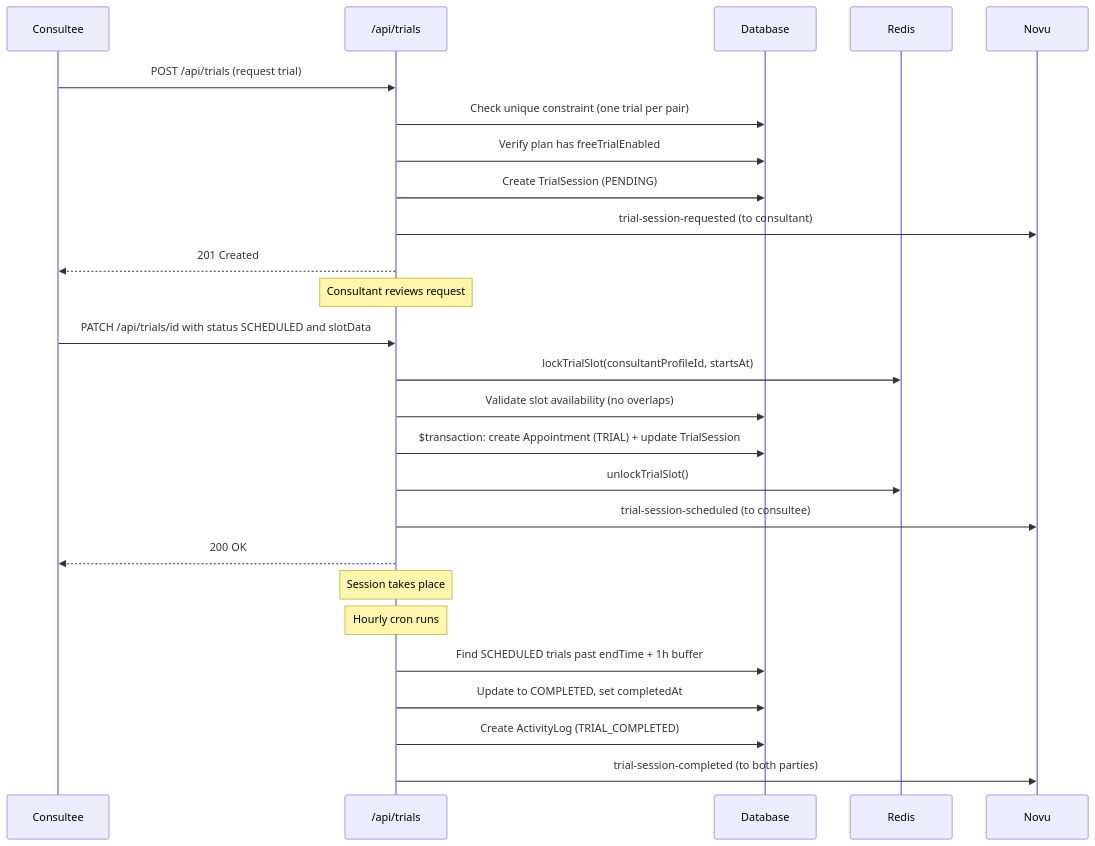
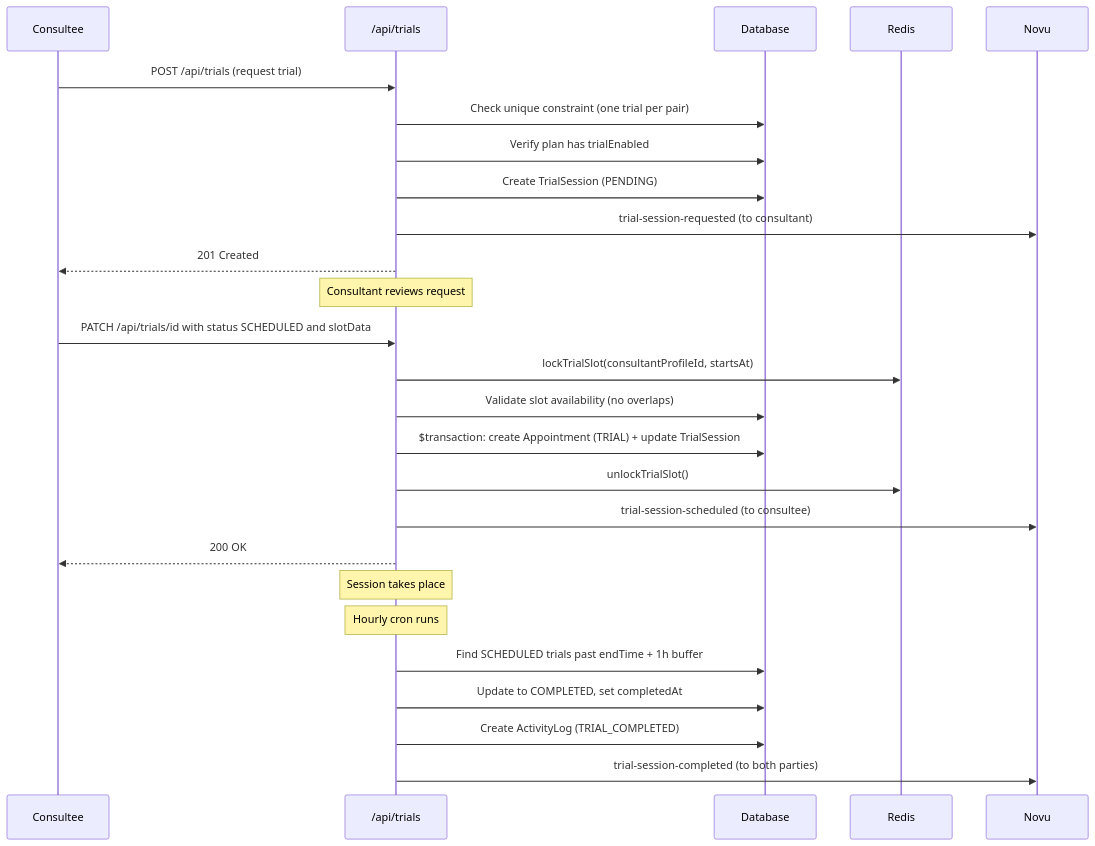
The second of 2 diagrams in docs/booking/09-trial-sessions.md (Practitionist/familiarise_web), drawn with Mermaid before and after one commit. The commit also changed other lines of this file and 6 other files, not shown here.

First line of the commit message:
refactor(trials): finish the free-trial naming sweep in docs + detail mapper

````diff
--- a/docs/booking/09-trial-sessions.md
+++ b/docs/booking/09-trial-sessions.md
@@ -128,33 +128,33 @@
 ```mermaid
 sequenceDiagram
     participant Consultee
     participant API as /api/trials
     participant DB as Database
     participant Redis
     participant Novu
 
     Consultee->>API: POST /api/trials (request trial)
     API->>DB: Check unique constraint (one trial per pair)
-    API->>DB: Verify plan has freeTrialEnabled
+    API->>DB: Verify plan has trialEnabled
     API->>DB: Create TrialSession (PENDING)
     API->>Novu: trial-session-requested (to consultant)
     API-->>Consultee: 201 Created
 
     Note over API: Consultant reviews request
 
     Consultee->>API: PATCH /api/trials/id with status SCHEDULED and slotData
     API->>Redis: lockTrialSlot(consultantProfileId, startsAt)
     API->>DB: Validate slot availability (no overlaps)
     API->>DB: $transaction: create Appointment (TRIAL) + update TrialSession
     API->>Redis: unlockTrialSlot()
     API->>Novu: trial-session-scheduled (to consultee)
     API-->>Consultee: 200 OK
 
     Note over API: Session takes place
 
     Note over API: Hourly cron runs
     API->>DB: Find SCHEDULED trials past endTime + 1h buffer
     API->>DB: Update to COMPLETED, set completedAt
     API->>DB: Create ActivityLog (TRIAL_COMPLETED)
     API->>Novu: trial-session-completed (to both parties)
 ```
````
